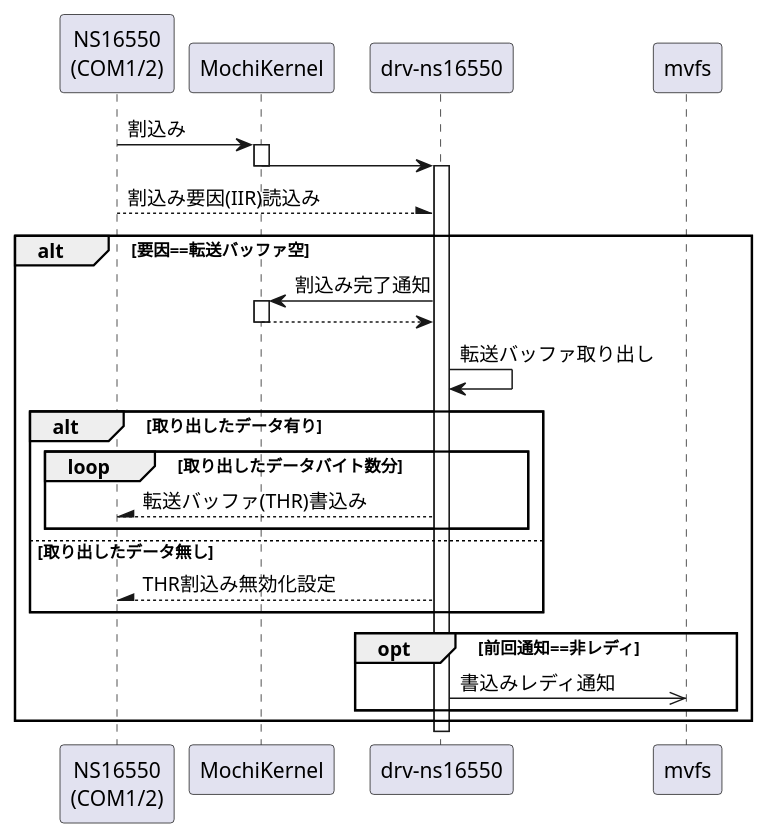
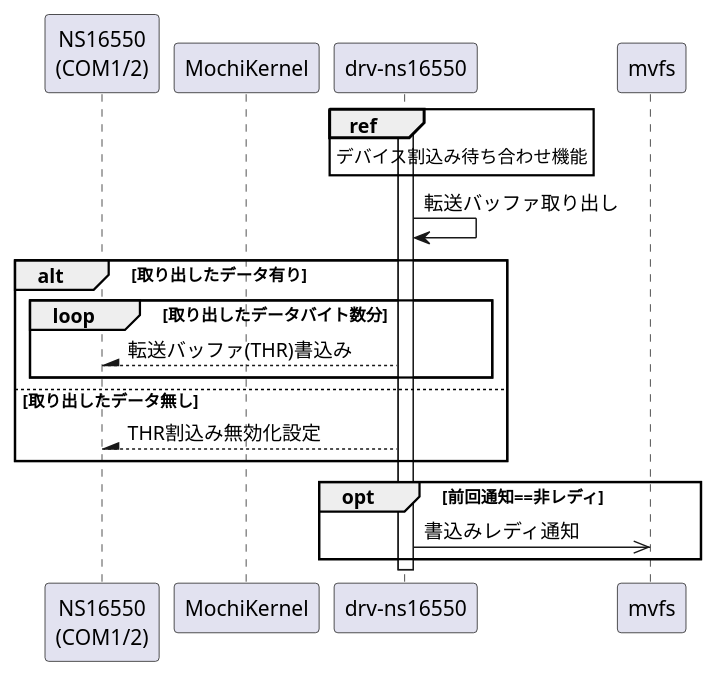
One commit to MasterMochi/drv-ns16550 changed the diagram in docs/docs/external/devtx/sequence.puml. Above: the diagram before and after it, drawn with PlantUML. The commit also changed 13 other files, not shown here.

```diff
--- a/docs/docs/external/devtx/sequence.puml
+++ b/docs/docs/external/devtx/sequence.puml
@@ -1,40 +1,29 @@
 @startuml
 
 participant "NS16550\n(COM1/2)" as dev
 participant "MochiKernel"       as kernel
 participant "drv-ns16550"       as drv
 participant mvfs
 
-dev -> kernel: 割込み
-activate kernel
-kernel -> drv:
-deactivate kernel
 activate drv
+ref over drv
+    デバイス割込み待ち合わせ機能
+end ref
 
-dev --\ drv: 割込み要因(IIR)読込み
+drv -> drv: 転送バッファ取り出し
 
-alt 要因==転送バッファ空
+alt 取り出したデータ有り
+    loop 取り出したデータバイト数分
+        dev /-- drv: 転送バッファ(THR)書込み
+    end loop
+else 取り出したデータ無し
+    dev /-- drv: THR割込み無効化設定
+end alt
 
-    kernel <- drv: 割込み完了通知
-    activate kernel
-    kernel --> drv:
-    deactivate kernel
-
-    drv -> drv: 転送バッファ取り出し
-
-    alt 取り出したデータ有り
-        loop 取り出したデータバイト数分
-            dev /-- drv: 転送バッファ(THR)書込み
-        end loop
-    else 取り出したデータ無し
-        dev /-- drv: THR割込み無効化設定
-    end alt
-
-    opt 前回通知==非レディ
-        drv ->> mvfs: 書込みレディ通知
-    end opt
-end alt
+opt 前回通知==非レディ
+    drv ->> mvfs: 書込みレディ通知
+end opt
 
 deactivate drv
 
 @enduml
```
